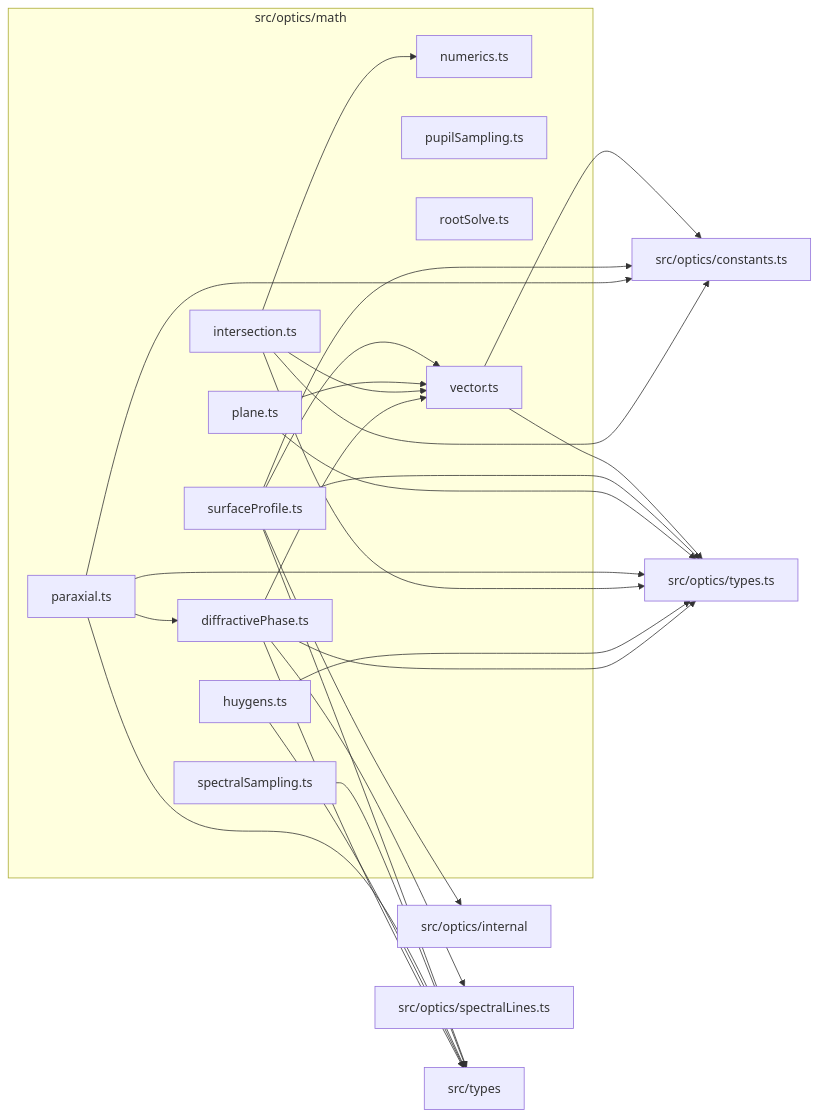
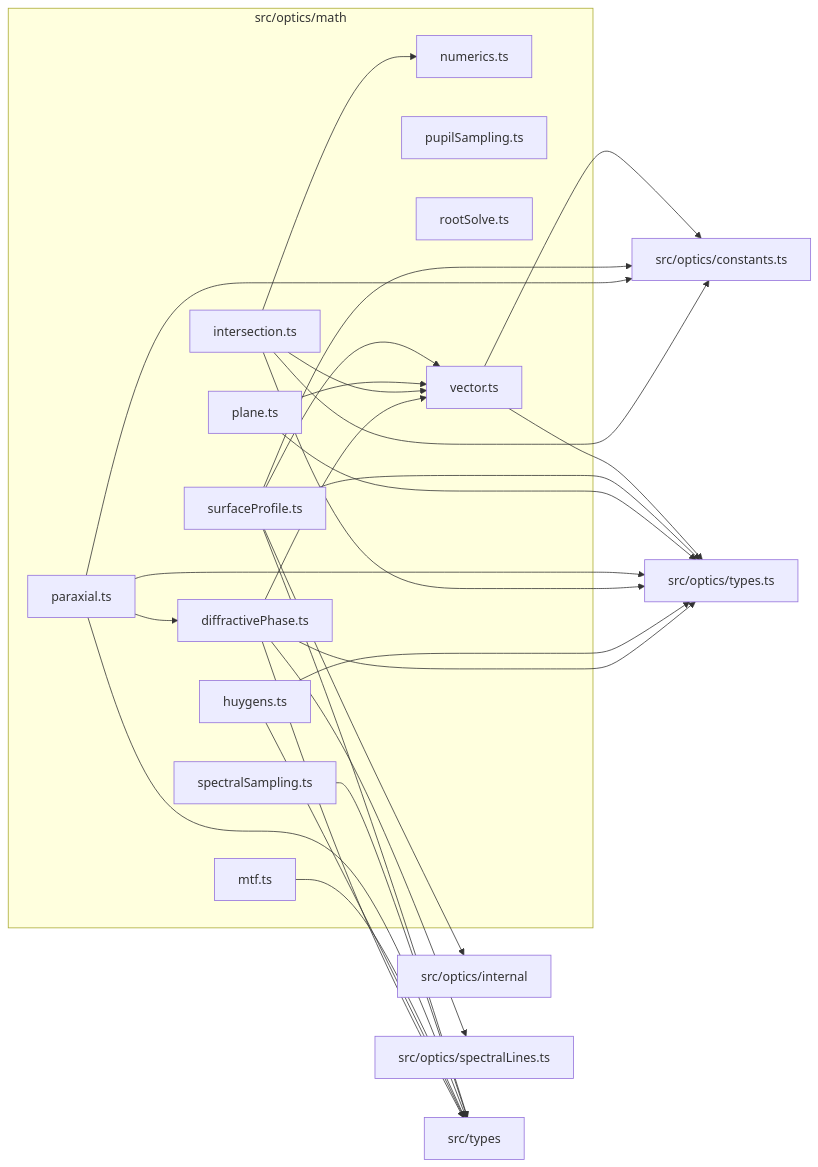
Before and after one commit to ronbuening/LensVisualizer: the diagram in src/optics/math/readme.md, drawn with Mermaid. The commit also changed other lines of this file and 22 other files, not shown here.

Commit message:
feat(optics): add convergence-checked spectral PSF and MTF analysis

````diff
--- a/src/optics/math/readme.md
+++ b/src/optics/math/readme.md
@@ -9,45 +9,47 @@
 ```mermaid
 flowchart LR
   subgraph n_src_optics_math["src/optics/math"]
     n_src_optics_math_src_optics_math_diffractivePhase_ts["diffractivePhase.ts"]
     n_src_optics_math_src_optics_math_huygens_ts["huygens.ts"]
     n_src_optics_math_src_optics_math_intersection_ts["intersection.ts"]
+    n_src_optics_math_src_optics_math_mtf_ts["mtf.ts"]
     n_src_optics_math_src_optics_math_numerics_ts["numerics.ts"]
     n_src_optics_math_src_optics_math_paraxial_ts["paraxial.ts"]
     n_src_optics_math_src_optics_math_plane_ts["plane.ts"]
     n_src_optics_math_src_optics_math_pupilSampling_ts["pupilSampling.ts"]
     n_src_optics_math_src_optics_math_rootSolve_ts["rootSolve.ts"]
     n_src_optics_math_src_optics_math_spectralSampling_ts["spectralSampling.ts"]
     n_src_optics_math_src_optics_math_surfaceProfile_ts["surfaceProfile.ts"]
     n_src_optics_math_src_optics_math_vector_ts["vector.ts"]
   end
   n_external_src_optics_constants_ts["src/optics/constants.ts"]
   n_external_src_optics_internal["src/optics/internal"]
   n_external_src_optics_spectralLines_ts["src/optics/spectralLines.ts"]
   n_external_src_optics_types_ts["src/optics/types.ts"]
   n_external_src_types["src/types"]
   n_src_optics_math_src_optics_math_intersection_ts --> n_external_src_optics_constants_ts
   n_src_optics_math_src_optics_math_paraxial_ts --> n_external_src_optics_constants_ts
   n_src_optics_math_src_optics_math_surfaceProfile_ts --> n_external_src_optics_constants_ts
   n_src_optics_math_src_optics_math_vector_ts --> n_external_src_optics_constants_ts
   n_src_optics_math_src_optics_math_surfaceProfile_ts --> n_external_src_optics_internal
   n_src_optics_math_src_optics_math_diffractivePhase_ts --> n_external_src_optics_spectralLines_ts
   n_src_optics_math_src_optics_math_diffractivePhase_ts --> n_external_src_optics_types_ts
   n_src_optics_math_src_optics_math_huygens_ts --> n_external_src_optics_types_ts
   n_src_optics_math_src_optics_math_intersection_ts --> n_external_src_optics_types_ts
   n_src_optics_math_src_optics_math_paraxial_ts --> n_external_src_optics_types_ts
   n_src_optics_math_src_optics_math_plane_ts --> n_external_src_optics_types_ts
   n_src_optics_math_src_optics_math_surfaceProfile_ts --> n_external_src_optics_types_ts
   n_src_optics_math_src_optics_math_vector_ts --> n_external_src_optics_types_ts
   n_src_optics_math_src_optics_math_diffractivePhase_ts --> n_external_src_types
   n_src_optics_math_src_optics_math_huygens_ts --> n_external_src_types
+  n_src_optics_math_src_optics_math_mtf_ts --> n_external_src_types
   n_src_optics_math_src_optics_math_paraxial_ts --> n_external_src_types
   n_src_optics_math_src_optics_math_spectralSampling_ts --> n_external_src_types
   n_src_optics_math_src_optics_math_surfaceProfile_ts --> n_external_src_types
   n_src_optics_math_src_optics_math_paraxial_ts --> n_src_optics_math_src_optics_math_diffractivePhase_ts
   n_src_optics_math_src_optics_math_intersection_ts --> n_src_optics_math_src_optics_math_numerics_ts
   n_src_optics_math_src_optics_math_diffractivePhase_ts --> n_src_optics_math_src_optics_math_vector_ts
   n_src_optics_math_src_optics_math_intersection_ts --> n_src_optics_math_src_optics_math_vector_ts
   n_src_optics_math_src_optics_math_plane_ts --> n_src_optics_math_src_optics_math_vector_ts
   n_src_optics_math_src_optics_math_surfaceProfile_ts --> n_src_optics_math_src_optics_math_vector_ts
 ```
````
